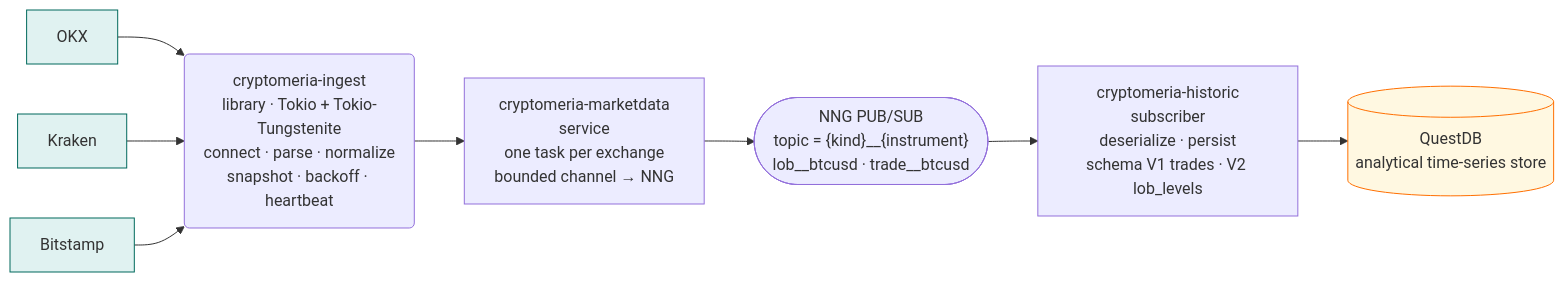
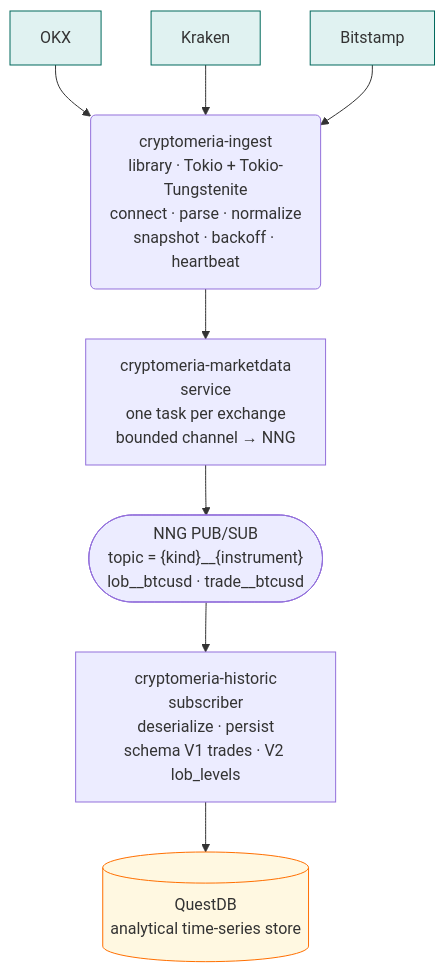
The diagram in profile/README.md (fibonsai/.github), drawn with Mermaid before and after one commit.

Commit message:
layout README architecture graph vertically

````diff
--- a/profile/README.md
+++ b/profile/README.md
@@ -31,35 +31,35 @@
 ```mermaid
-flowchart LR
+flowchart TB
     %% Exchange feeds
     OKX["OKX"]
     Kraken["Kraken"]
     Bitstamp["Bitstamp"]
 
     %% Stage 1 - Ingest (library)
     ingest("cryptomeria-ingest<br/>library · Tokio + Tokio-Tungstenite<br/>connect · parse · normalize<br/>snapshot · backoff · heartbeat")
 
     %% Stage 2 - Marketdata (service)
     marketdata["cryptomeria-marketdata<br/>service<br/>one task per exchange<br/>bounded channel → NNG"]
 
     %% NNG pub/sub broker
     nng(["NNG PUB/SUB<br/>topic = {kind}__{instrument}<br/>lob__btcusd · trade__btcusd"])
 
     %% Stage 3 - Historic (subscriber)
     historic["cryptomeria-historic<br/>subscriber<br/>deserialize · persist<br/>schema V1 trades · V2 lob_levels"]
 
     %% Analytical store
     questdb[("QuestDB<br/>analytical time-series store")]
 
     OKX --> ingest
     Kraken --> ingest
     Bitstamp --> ingest
     ingest --> marketdata
     marketdata --> nng
     nng --> historic
     historic --> questdb
 
     classDef exchange fill:#e0f2f1,stroke:#00695c,stroke-width:1px
     classDef store fill:#fff8e1,stroke:#ff6f00,stroke-width:1px
     class OKX,Kraken,Bitstamp exchange
     class questdb store
 ```
````
